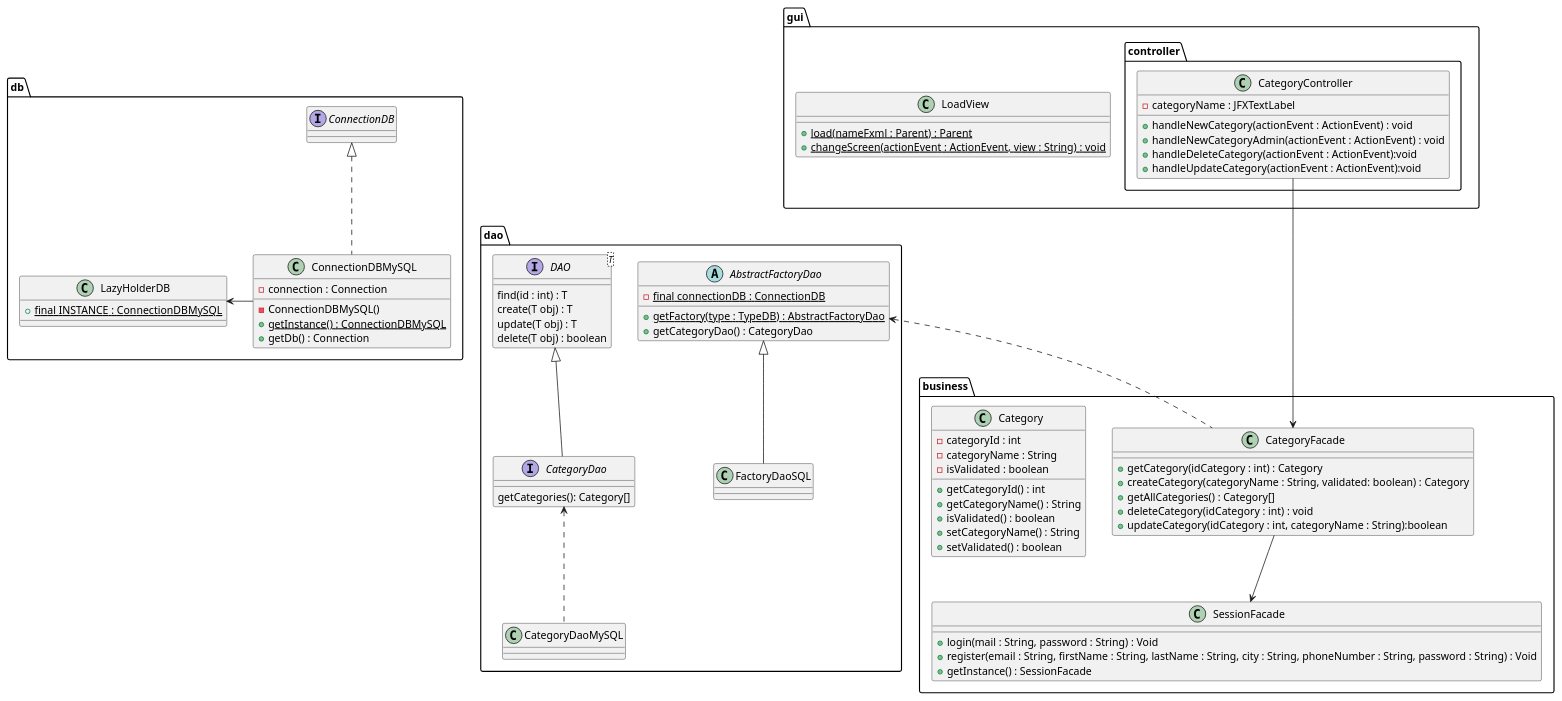
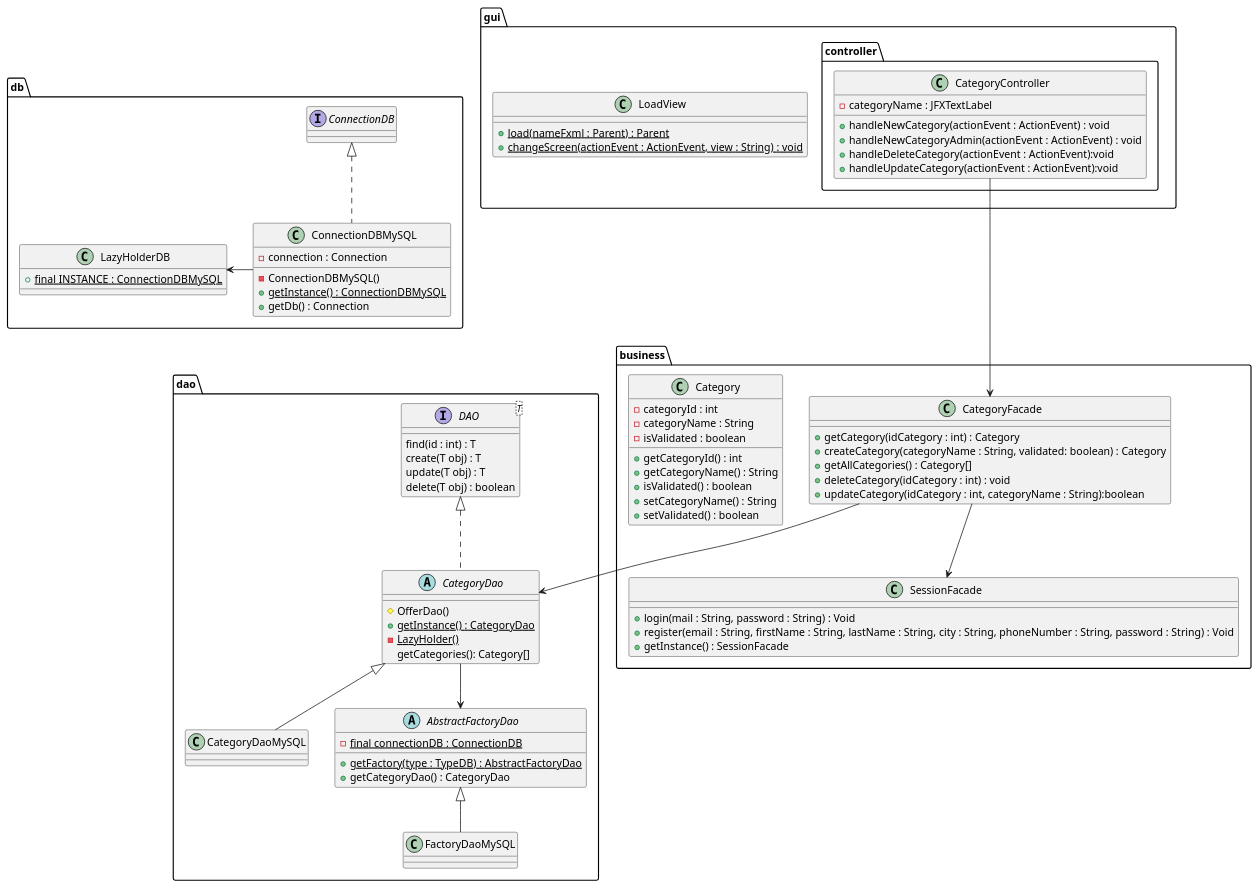
The diagram in documents/diagram/category/categoryClass.puml (LaunoisRemy/ToolShare), drawn with PlantUML before and after one commit. The commit also changed 1 other file, not shown here.

Commit message:
UPDATE Category Diagrams to match the Singleton

```diff
--- a/documents/diagram/category/categoryClass.puml
+++ b/documents/diagram/category/categoryClass.puml
@@ -1,99 +1,101 @@
 @startuml
 
 package dao {
 
 
-    interface CategoryDao{
+    abstract CategoryDao{
+        # OfferDao()
+        + {static} getInstance() : CategoryDao
+        - {static} LazyHolder()
         getCategories(): Category[]
     }
     class CategoryDaoMySQL
-    AbstractFactoryDao <|-- FactoryDaoSQL
-    CategoryDao <.. CategoryDaoMySQL
+    AbstractFactoryDao <|-- FactoryDaoMySQL
+    CategoryDao <|-- CategoryDaoMySQL
 
     interface DAO<T>{
         find(id : int) : T
         create(T obj) : T
         update(T obj) : T
         delete(T obj) : boolean
     }
 
     abstract AbstractFactoryDao{
         - {static} final connectionDB : ConnectionDB
         + {static} getFactory(type : TypeDB) : AbstractFactoryDao
         + getCategoryDao() : CategoryDao
     }
 
-    class FactoryDaoSQL{
+    class FactoryDaoMySQL{
     }
 
-
-    DAO <|-- CategoryDao
+    CategoryDao-->AbstractFactoryDao
+    DAO <|.. CategoryDao
 }
 package db{
     class ConnectionDBMySQL{
         - connection : Connection
         - ConnectionDBMySQL()
         + {static} getInstance() : ConnectionDBMySQL
         + getDb() : Connection
     }
 
     class LazyHolderDB{
         + {static} final INSTANCE : ConnectionDBMySQL
     }
     interface ConnectionDB
     ConnectionDBMySQL -Left-> LazyHolderDB
     ConnectionDBMySQL .up.|> ConnectionDB
 
 }
 package business{
     class CategoryFacade{
     + getCategory(idCategory : int) : Category
     + createCategory(categoryName : String, validated: boolean) : Category
     + getAllCategories() : Category[]
     + deleteCategory(idCategory : int) : void
     + updateCategory(idCategory : int, categoryName : String):boolean
     }
     class SessionFacade{
         + login(mail : String, password : String) : Void
         + register(email : String, firstName : String, lastName : String, city : String, phoneNumber : String, password : String) : Void
         + getInstance() : SessionFacade
     }
 
     CategoryFacade --> SessionFacade
     class Category{
         -categoryId : int
         -categoryName : String
         -isValidated : boolean
         + getCategoryId() : int
         + getCategoryName() : String
         + isValidated() : boolean
         + setCategoryName() : String
         + setValidated() : boolean
 
     }
-
 }
 
 package gui{
 
     class LoadView{
         + {static} load(nameFxml : Parent) : Parent
         + {static} changeScreen(actionEvent : ActionEvent, view : String) : void
     }
 
     package controller{
         class CategoryController{
             -categoryName : JFXTextLabel
             + handleNewCategory(actionEvent : ActionEvent) : void
             + handleNewCategoryAdmin(actionEvent : ActionEvent) : void
             + handleDeleteCategory(actionEvent : ActionEvent):void
             + handleUpdateCategory(actionEvent : ActionEvent):void
         }
     }
 }
+CategoryFacade --> CategoryDao
 CategoryFacade <--Up- CategoryController
-CategoryFacade .Up.> AbstractFactoryDao
 
 
 
 @enduml
```
